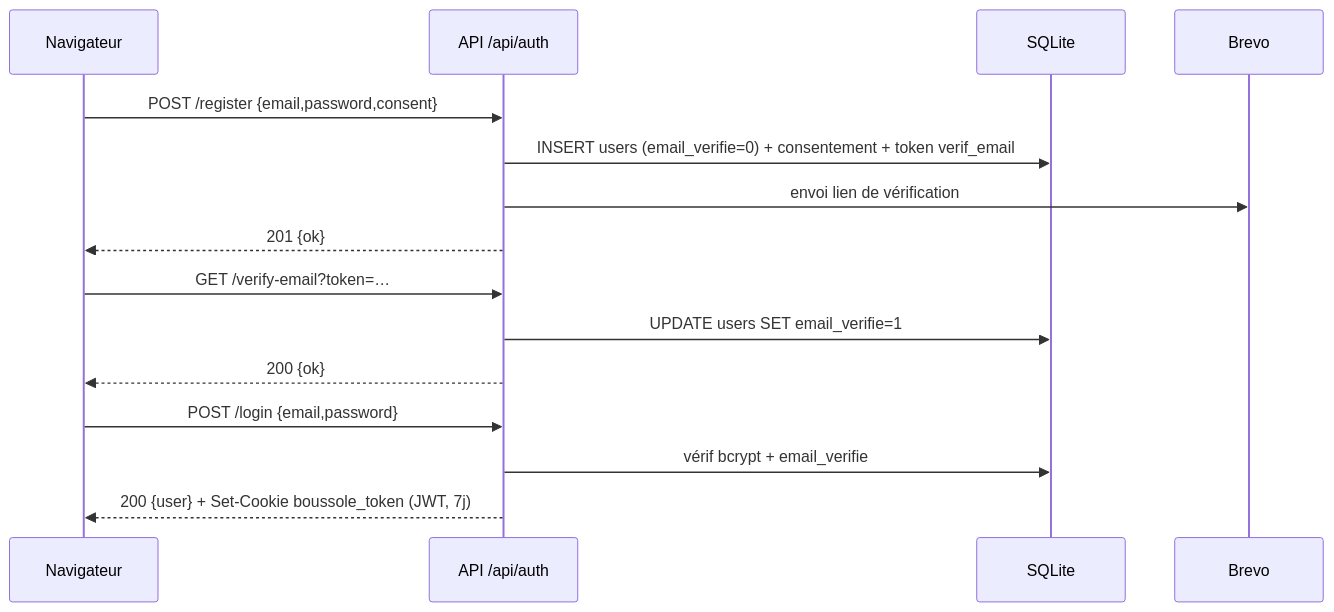
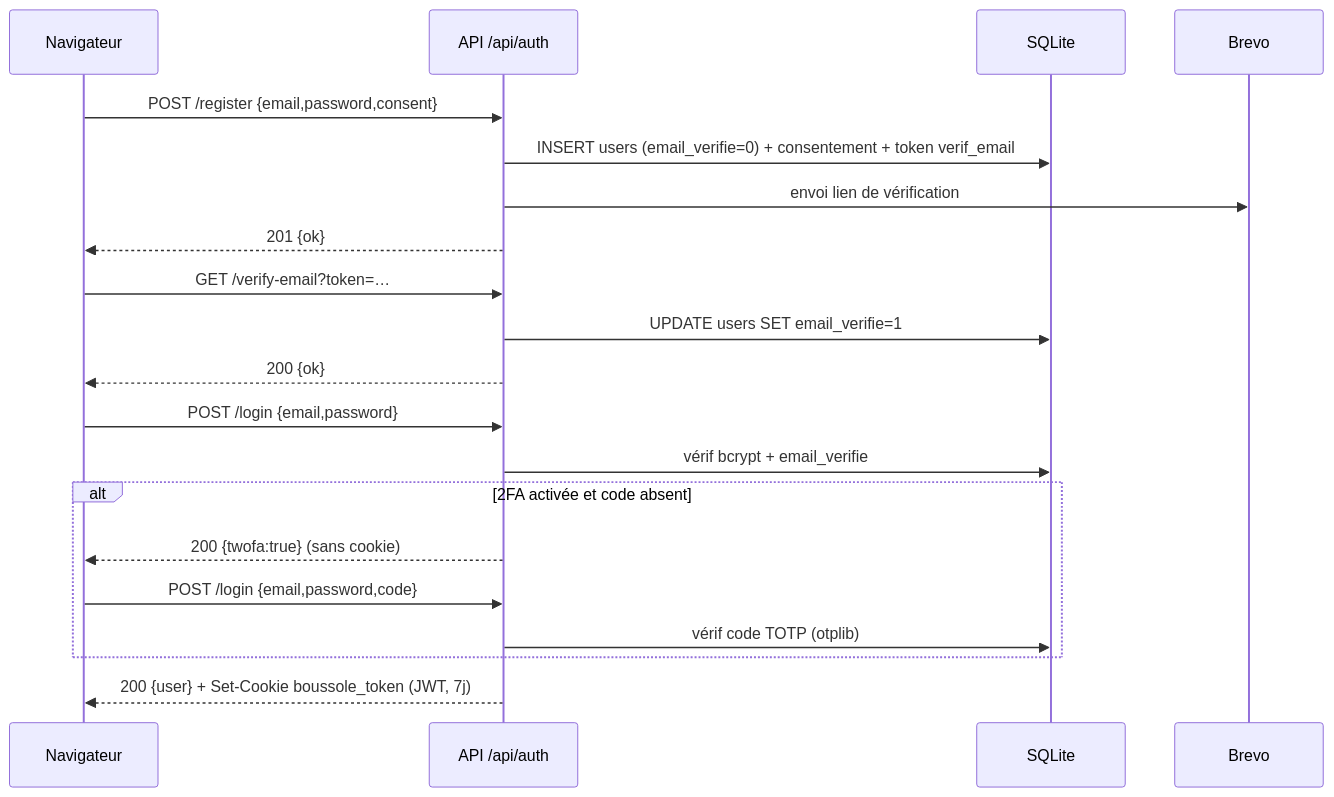
One commit to melafrit/FAD130_accompagnement_pro changed the second of 3 diagrams in app/api/src/wiki/content/api-documentation.md. Above: the diagram before and after it, drawn with Mermaid. The commit also changed other lines of this file and 14 other files, not shown here.

````diff
--- a/app/api/src/wiki/content/api-documentation.md
+++ b/app/api/src/wiki/content/api-documentation.md
@@ -91,17 +107,22 @@
 ```mermaid
 sequenceDiagram
   participant U as Navigateur
   participant API as API /api/auth
   participant DB as SQLite
   participant Mail as Brevo
   U->>API: POST /register {email,password,consent}
   API->>DB: INSERT users (email_verifie=0) + consentement + token verif_email
   API->>Mail: envoi lien de vérification
   API-->>U: 201 {ok}
   U->>API: GET /verify-email?token=…
   API->>DB: UPDATE users SET email_verifie=1
   API-->>U: 200 {ok}
   U->>API: POST /login {email,password}
   API->>DB: vérif bcrypt + email_verifie
+  alt 2FA activée et code absent
+    API-->>U: 200 {twofa:true} (sans cookie)
+    U->>API: POST /login {email,password,code}
+    API->>DB: vérif code TOTP (otplib)
+  end
   API-->>U: 200 {user} + Set-Cookie boussole_token (JWT, 7j)
 ```
````
